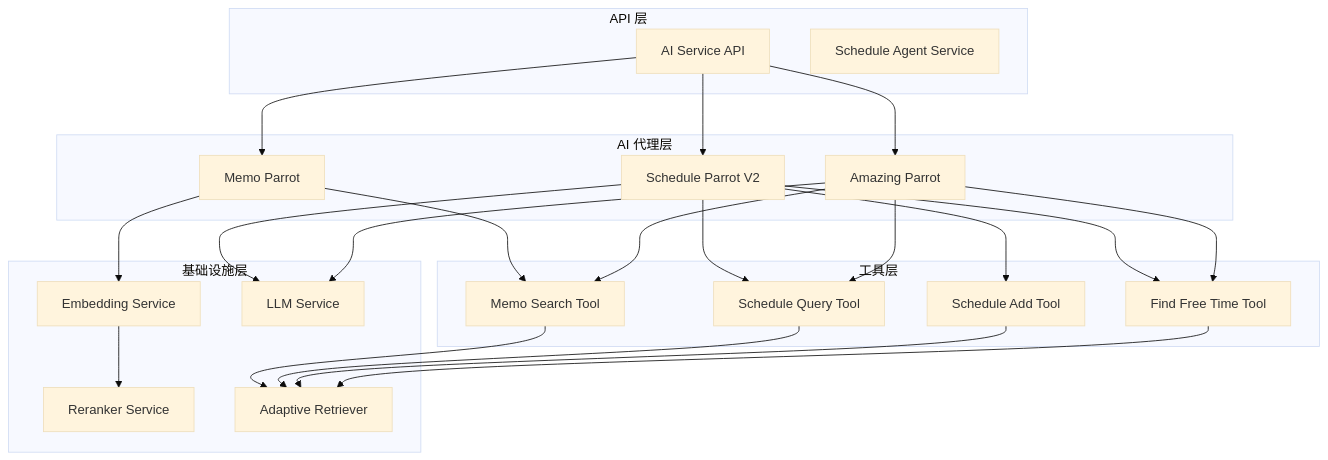
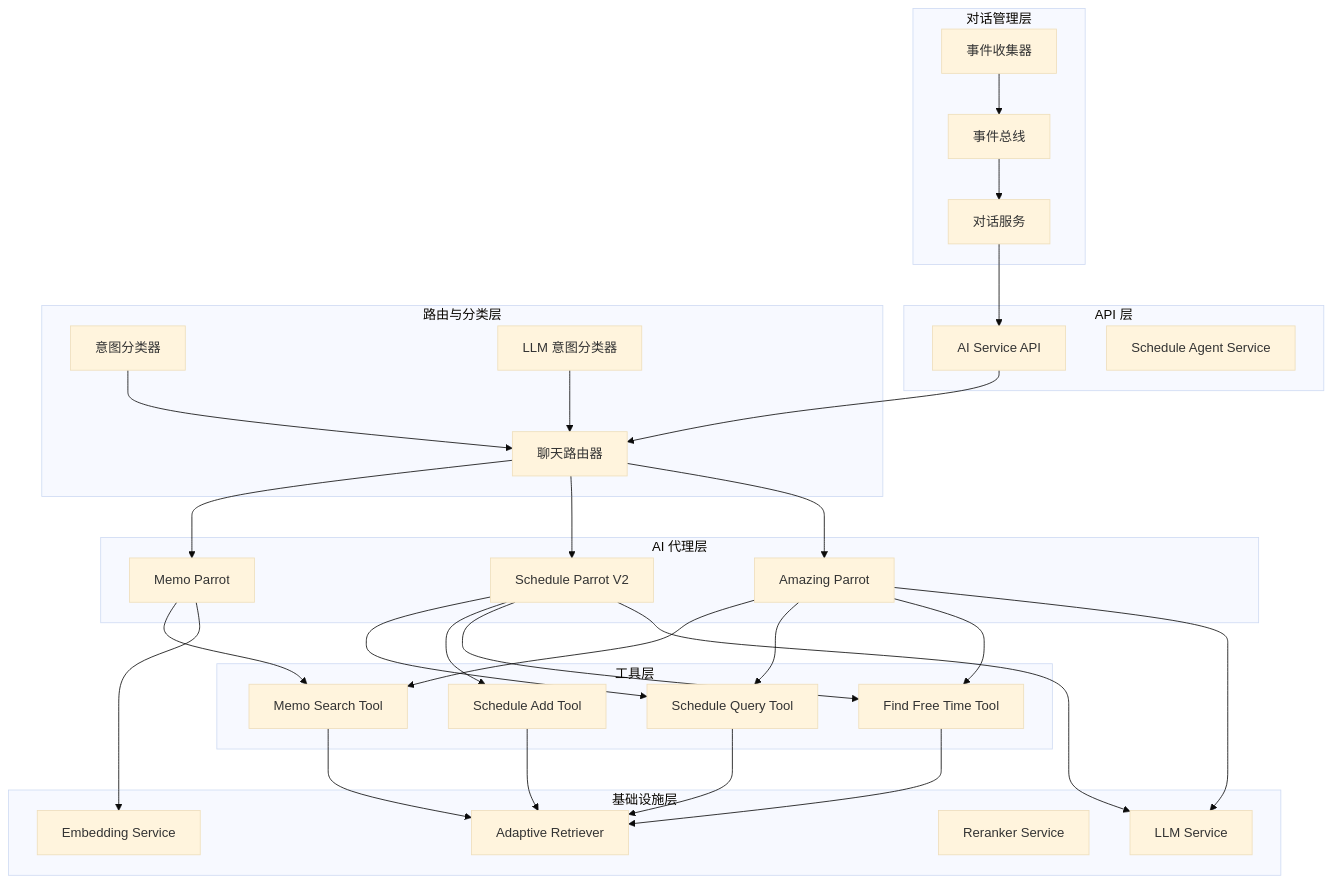
One commit to hrygo/memos changed the first of 20 diagrams in .qoder/repowiki/zh/content/后端服务架构/API 服务层设计/具体服务实现/AI 服务实现.md. Above: the diagram before and after it, drawn with Mermaid (base theme). The commit also changed other lines of this file and 29 other files, not shown here.

````diff
--- a/.qoder/repowiki/zh/content/后端服务架构/API 服务层设计/具体服务实现/AI 服务实现.md
+++ b/.qoder/repowiki/zh/content/后端服务架构/API 服务层设计/具体服务实现/AI 服务实现.md
@@ -48,42 +68,57 @@
 ```mermaid
 graph TB
 subgraph "API 层"
 A[AI Service API]
 B[Schedule Agent Service]
 end
 subgraph "AI 代理层"
 C[Memo Parrot]
 D[Schedule Parrot V2]
 E[Amazing Parrot]
 end
+subgraph "路由与分类层"
+F[聊天路由器]
+G[意图分类器]
+H[LLM 意图分类器]
+end
 subgraph "工具层"
-F[Memo Search Tool]
-G[Schedule Query Tool]
-H[Schedule Add Tool]
-I[Find Free Time Tool]
+I[Memo Search Tool]
+J[Schedule Query Tool]
+K[Schedule Add Tool]
+L[Find Free Time Tool]
+end
+subgraph "对话管理层"
+M[事件总线]
+N[对话服务]
+O[事件收集器]
 end
 subgraph "基础设施层"
-J[Embedding Service]
-K[LLM Service]
-L[Reranker Service]
-M[Adaptive Retriever]
+P[Embedding Service]
+Q[LLM Service]
+R[Reranker Service]
+S[Adaptive Retriever]
 end
-A --> C
-A --> D
-A --> E
-C --> F
-D --> G
-D --> H
-D --> I
-E --> F
-E --> G
+A --> F
+F --> C
+F --> D
+F --> E
+G --> F
+H --> F
+C --> I
+D --> J
+D --> K
+D --> L
 E --> I
-C --> J
-D --> K
-E --> K
-F --> M
-G --> M
-H --> M
-I --> M
-J --> L
+E --> J
+E --> L
+C --> P
+D --> Q
+E --> Q
+I --> S
+J --> S
+K --> S
+L --> S
+M --> N
+O --> M
+N --> A
 ```
````
